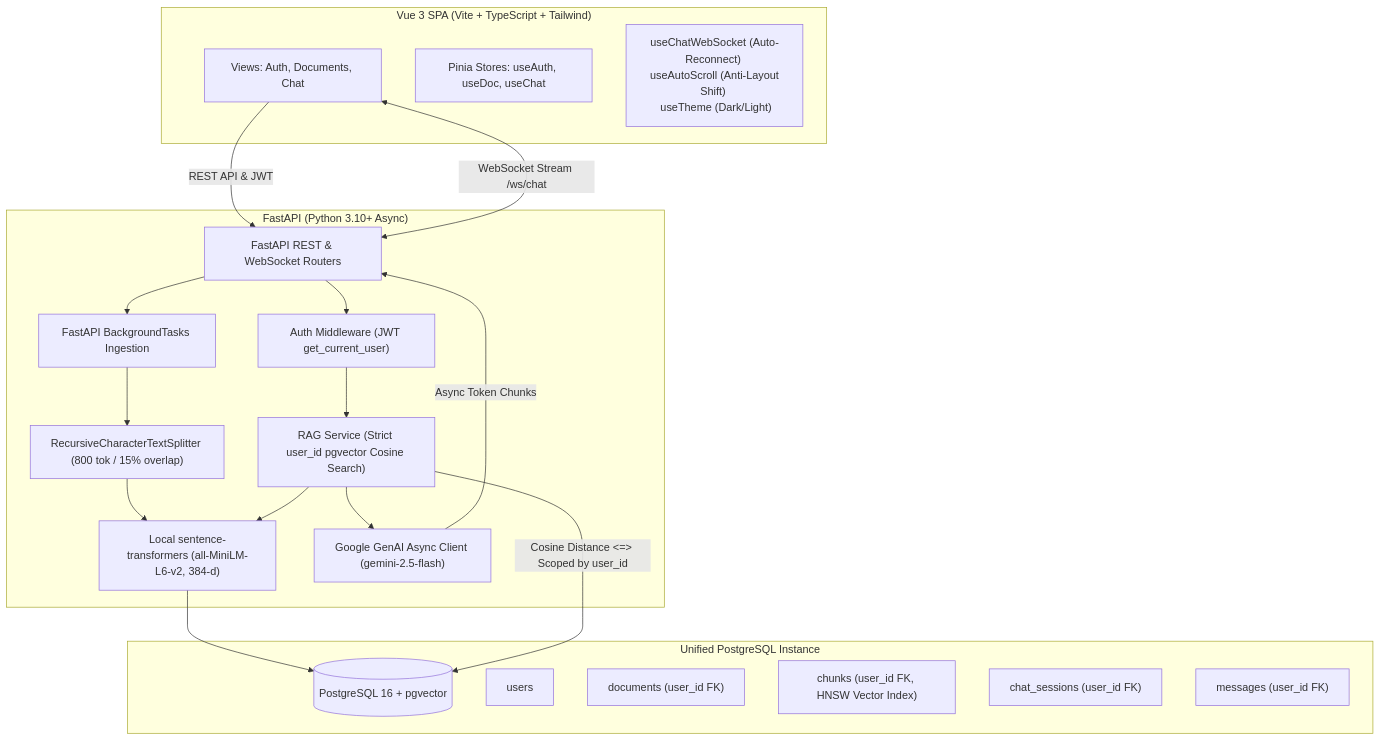
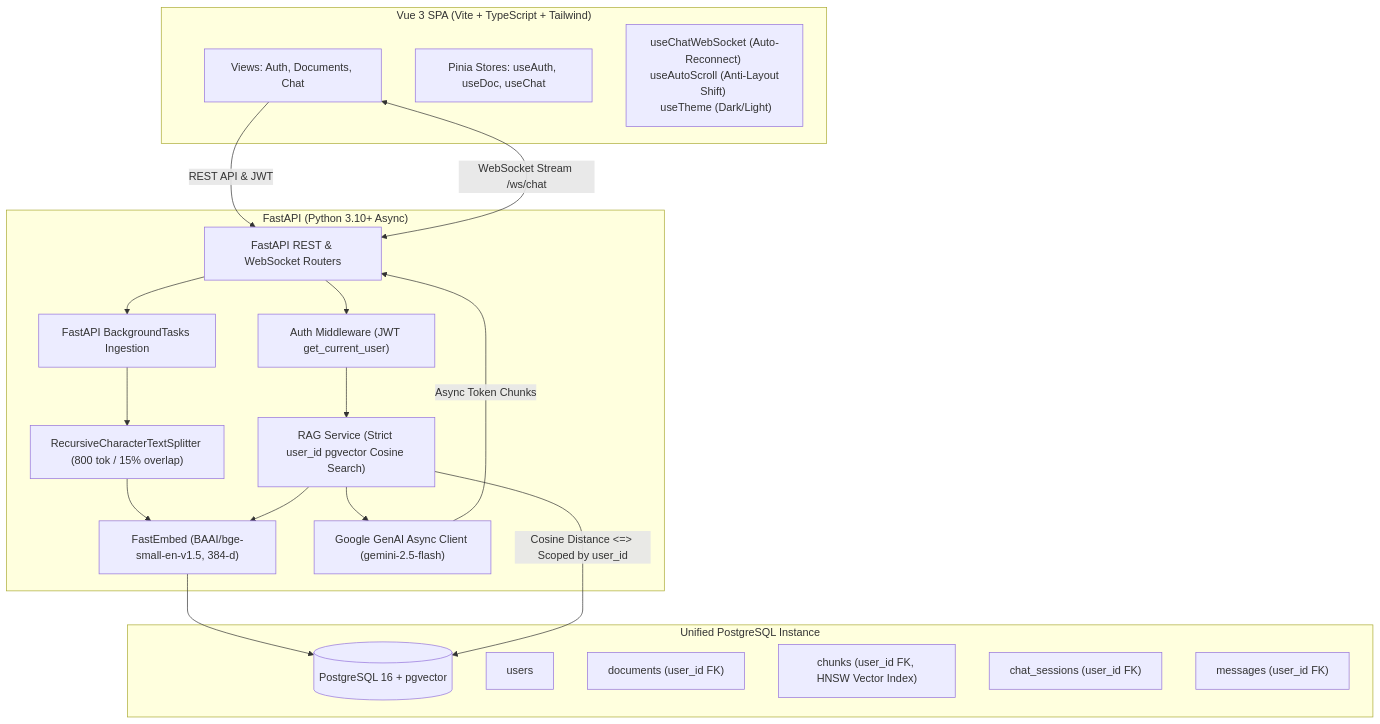
Before and after one commit to Tejas-34/DocuMind: the diagram in README.md, drawn with Mermaid. The commit also changed other lines of this file and 7 other files, not shown here.

````diff
--- a/README.md
+++ b/README.md
@@ -9,38 +9,38 @@
 ```mermaid
 graph TD
     subgraph Frontend ["Vue 3 SPA (Vite + TypeScript + Tailwind)"]
         UI["Views: Auth, Documents, Chat"]
         Pinia["Pinia Stores: useAuth, useDoc, useChat"]
         Composables["useChatWebSocket (Auto-Reconnect) <br/> useAutoScroll (Anti-Layout Shift) <br/> useTheme (Dark/Light)"]
     end
 
     subgraph Backend ["FastAPI (Python 3.10+ Async)"]
         Router["FastAPI REST & WebSocket Routers"]
         Deps["Auth Middleware (JWT get_current_user)"]
         BG["FastAPI BackgroundTasks Ingestion"]
         Chunker["RecursiveCharacterTextSplitter (800 tok / 15% overlap)"]
-        LocalEmbed["Local sentence-transformers (all-MiniLM-L6-v2, 384-d)"]
+        LocalEmbed["FastEmbed (BAAI/bge-small-en-v1.5, 384-d)"]
         RAG["RAG Service (Strict user_id pgvector Cosine Search)"]
         GeminiAsync["Google GenAI Async Client (gemini-2.5-flash)"]
     end
 
     subgraph Storage ["Unified PostgreSQL Instance"]
         PG[(PostgreSQL 16 + pgvector)]
         T1["users"]
         T2["documents (user_id FK)"]
         T3["chunks (user_id FK, HNSW Vector Index)"]
         T4["chat_sessions (user_id FK)"]
         T5["messages (user_id FK)"]
     end
 
     UI -->|REST API & JWT| Router
     UI <-->|WebSocket Stream /ws/chat| Router
     Router --> Deps
     Deps --> RAG
     Router --> BG
     BG --> Chunker --> LocalEmbed --> PG
     RAG --> LocalEmbed
     RAG -->|Cosine Distance <=> Scoped by user_id| PG
     RAG --> GeminiAsync
     GeminiAsync -->|Async Token Chunks| Router
 ```
````
